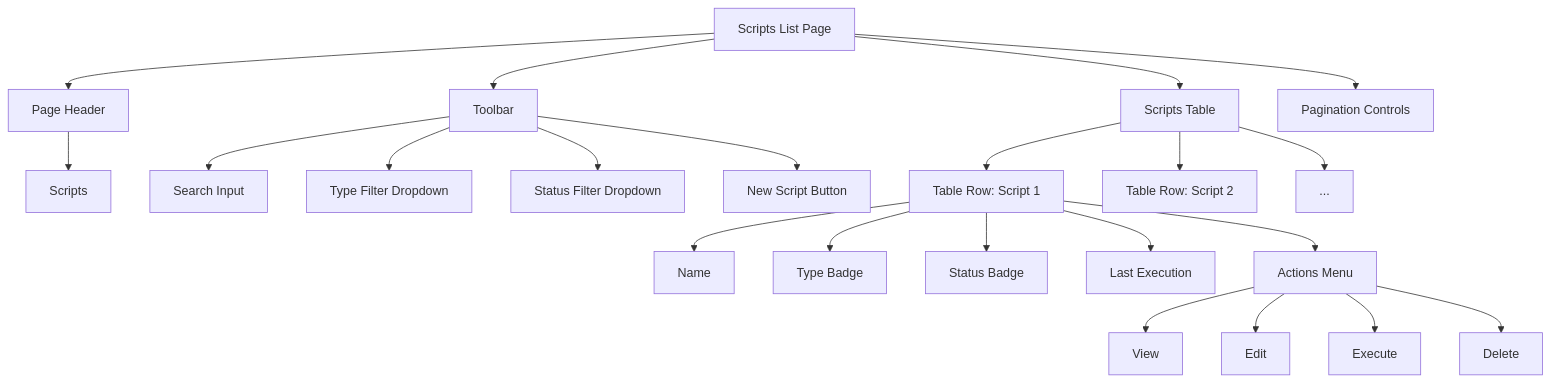
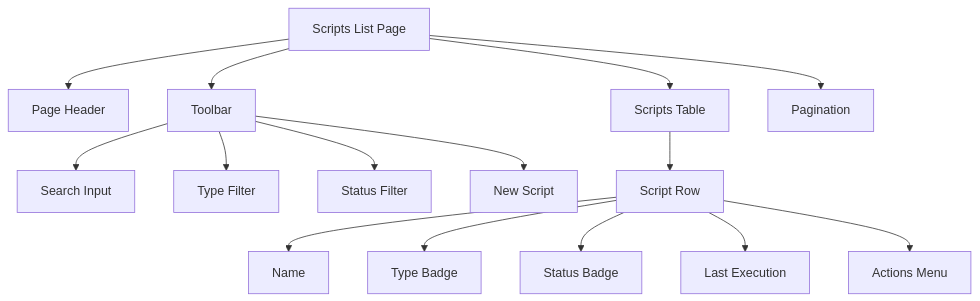
One commit to iota-uz/iota-sdk changed the second of 4 diagrams in docs/specs/jsruntime/ux.md. Above: the diagram before and after it, drawn with Mermaid. The commit also changed other lines of this file and 13 other files, not shown here.

First line of the commit message:
docs: enhance spec files with Jekyll frontmatter and dark-theme-compatible Mermaid diagrams

````diff
--- a/docs/specs/jsruntime/ux.md
+++ b/docs/specs/jsruntime/ux.md
@@ -106,28 +80,19 @@
 ```mermaid
 graph TB
     Page[Scripts List Page] --> Header[Page Header]
     Page --> Toolbar[Toolbar]
     Page --> Table[Scripts Table]
-    Page --> Pagination[Pagination Controls]
+    Page --> Pagination[Pagination]
 
-    Header --> Title[Scripts]
-    Toolbar --> SearchInput[Search Input]
-    Toolbar --> TypeFilter[Type Filter Dropdown]
-    Toolbar --> StatusFilter[Status Filter Dropdown]
-    Toolbar --> NewButton[New Script Button]
+    Toolbar --> Search[Search Input]
+    Toolbar --> TypeFilter[Type Filter]
+    Toolbar --> StatusFilter[Status Filter]
+    Toolbar --> NewButton[New Script]
 
-    Table --> Row1[Table Row: Script 1]
-    Table --> Row2[Table Row: Script 2]
-    Table --> RowN[...]
-
-    Row1 --> NameCell[Name]
-    Row1 --> TypeCell[Type Badge]
-    Row1 --> StatusCell[Status Badge]
-    Row1 --> LastRunCell[Last Execution]
-    Row1 --> ActionsCell[Actions Menu]
-
-    ActionsCell --> ViewAction[View]
-    ActionsCell --> EditAction[Edit]
-    ActionsCell --> ExecuteAction[Execute]
-    ActionsCell --> DeleteAction[Delete]
+    Table --> Row1[Script Row]
+    Row1 --> Name[Name]
+    Row1 --> Type[Type Badge]
+    Row1 --> Status[Status Badge]
+    Row1 --> LastRun[Last Execution]
+    Row1 --> Actions[Actions Menu]
 ```
````
